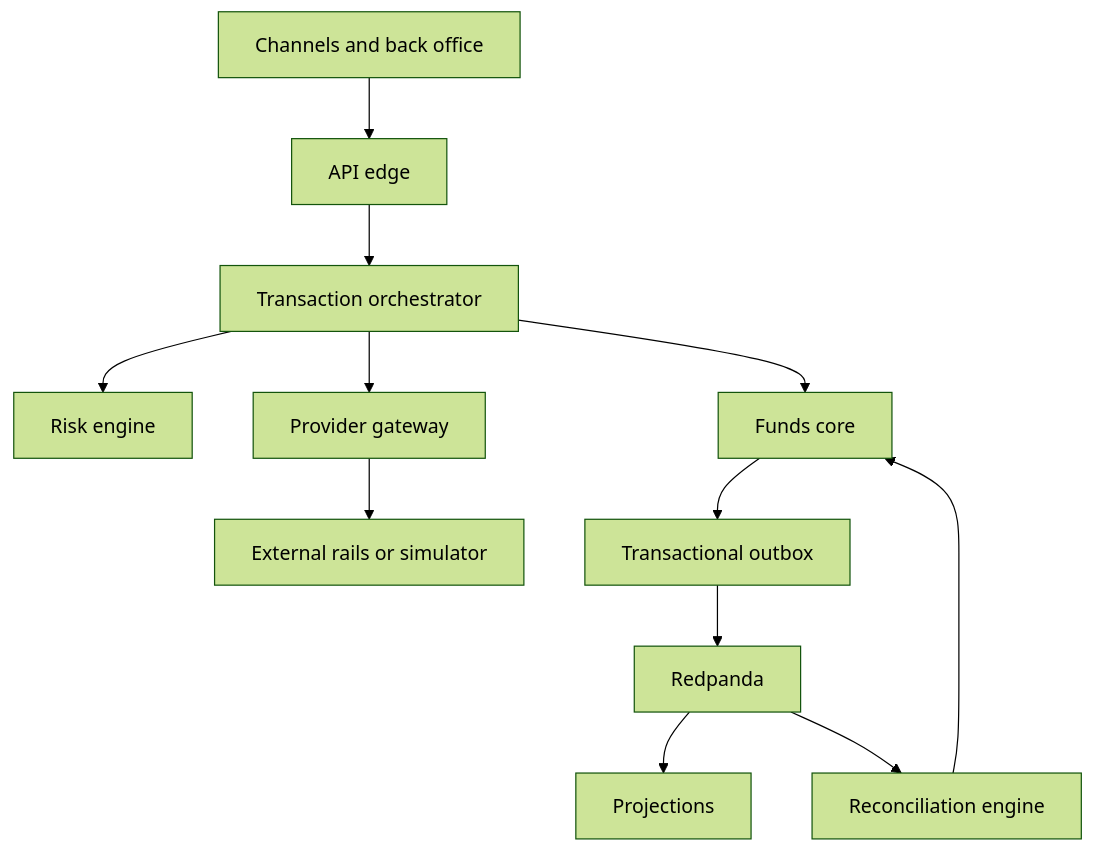
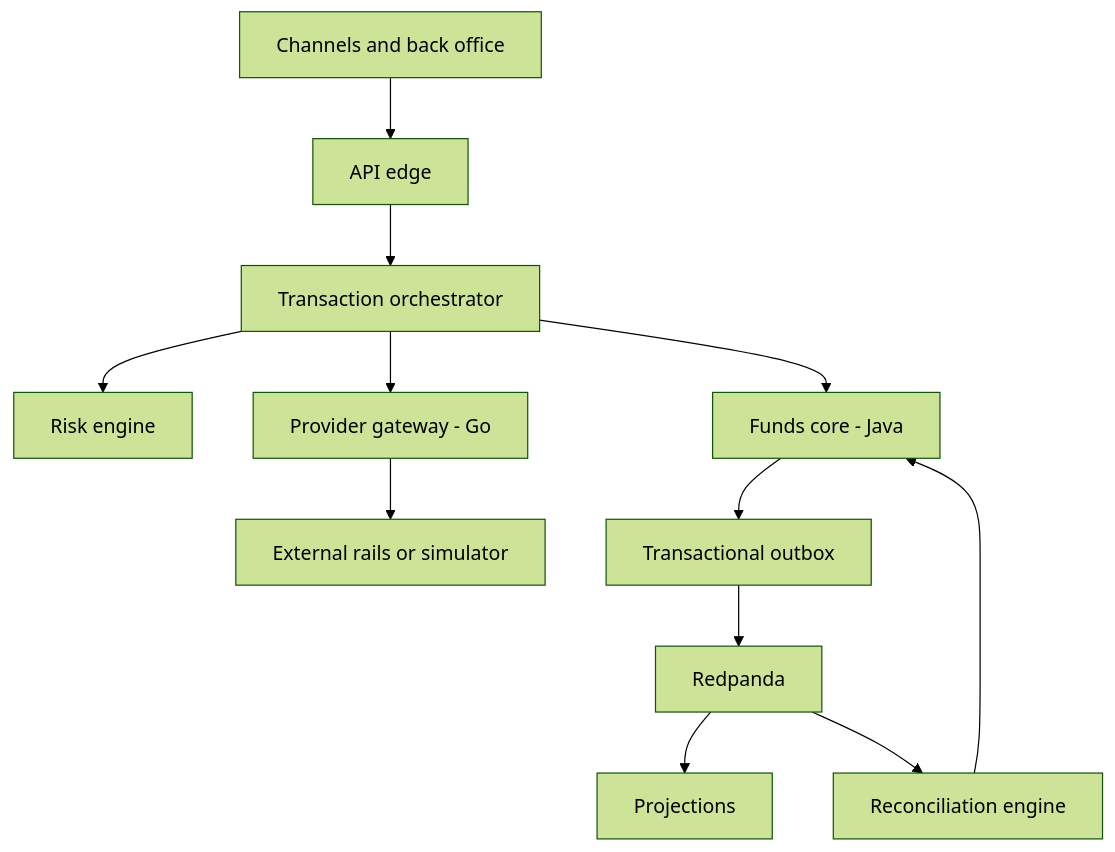
The diagram in architecture/modern-core-banking-comprehensive-design-revised.md (PreciousTosin/core-banking), drawn with Mermaid (forest theme) before and after one commit. The commit also changed other lines of this file, not shown here.

Commit message:
docs: strengthen core banking POC architecture

````diff
--- a/architecture/modern-core-banking-comprehensive-design-revised.md
+++ b/architecture/modern-core-banking-comprehensive-design-revised.md
@@ -154,14 +197,14 @@
 ```mermaid
 flowchart TD
     C[Channels and back office] --> A[API edge]
     A --> O[Transaction orchestrator]
     O --> R[Risk engine]
-    O --> F[Funds core]
-    O --> G[Provider gateway]
+    O --> F[Funds core - Java]
+    O --> G[Provider gateway - Go]
     G --> X[External rails or simulator]
     F --> E[Transactional outbox]
     E --> B[Redpanda]
     B --> P[Projections]
     B --> Q[Reconciliation engine]
     Q --> F
 ```
````
